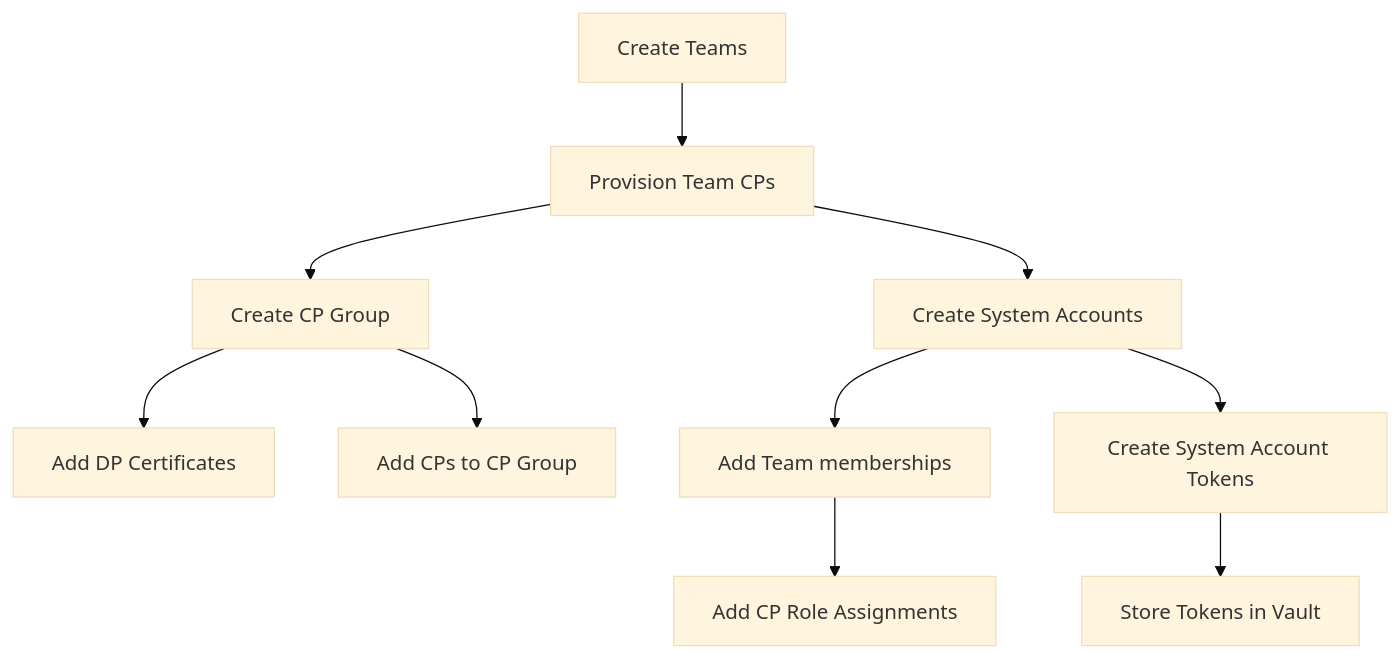
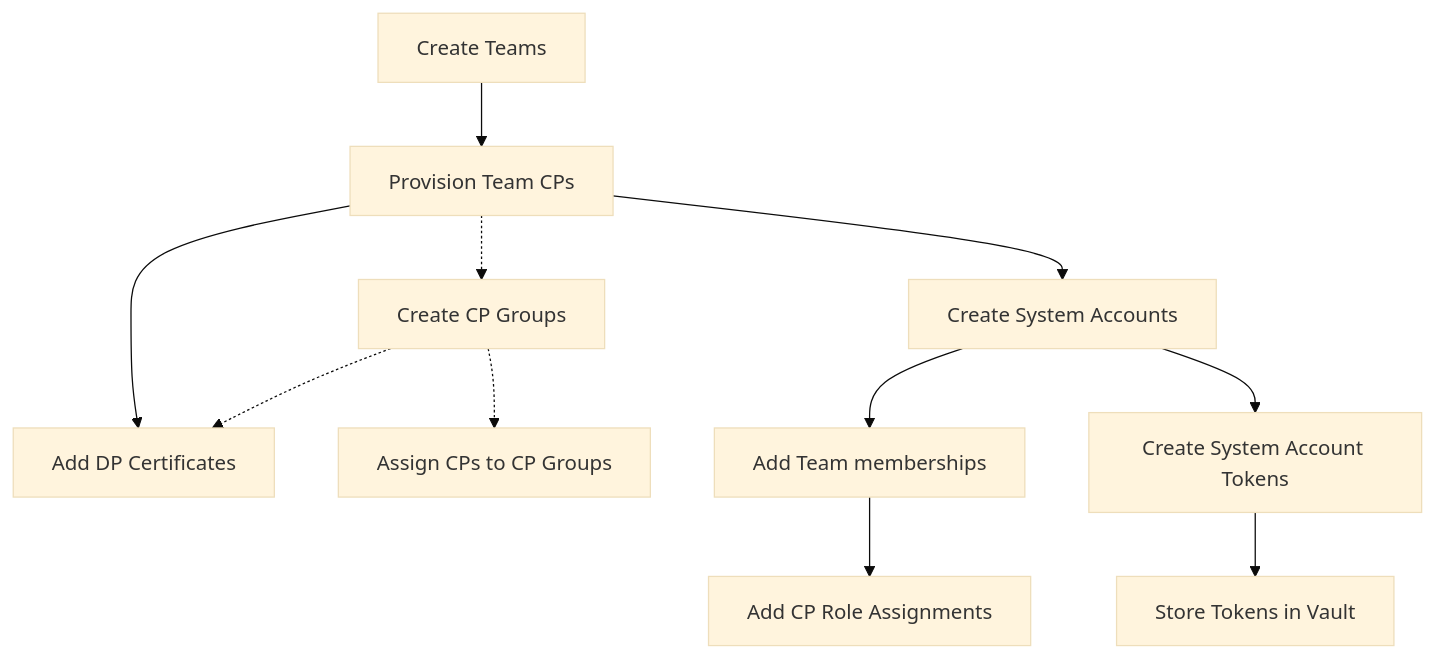
One commit to pantsel/konnect-platform-ops-demo changed the second of 2 diagrams in README.md. Above: the diagram before and after it, drawn with Mermaid (base theme). The commit also changed other lines of this file, not shown here.

````diff
--- a/README.md
+++ b/README.md
@@ -106,19 +134,20 @@
 ```mermaid
 graph TD;
     A[Create Teams]
     B[Provision Team CPs]
-    C[Create CP Group]
+    C[Create CP Groups]
     D[Add DP Certificates]
-    E[Add CPs to CP Group]
+    E[Assign CPs to CP Groups]
     F[Create System Accounts]
     G[Add Team memberships] --> H[Add CP Role Assignments]
     J[Create System Account Tokens] --> I[Store Tokens in Vault]
 
     A --> B
-    B --> C
-    C --> D
-    C --> E
+    B --> D
+    B -.-> C
+    C -.-> D
+    C -.-> E
     B --> F
     F --> G
     F --> J
 ```
````
